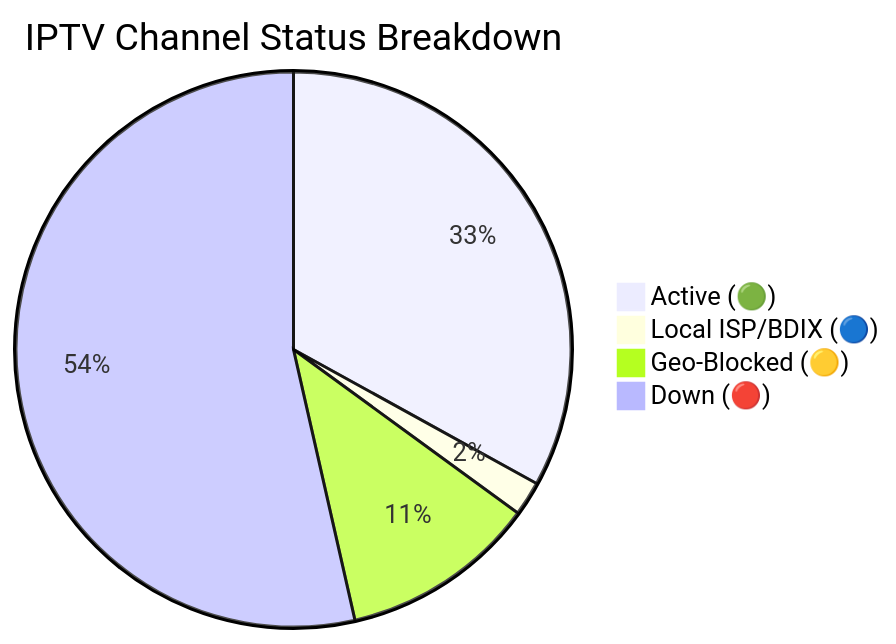
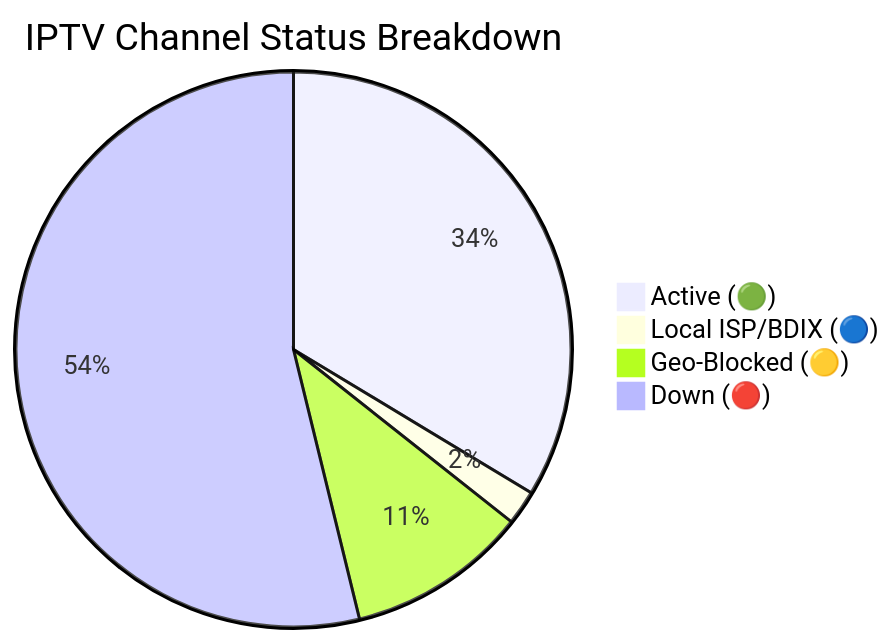
One commit to andreataylord/Ip-tv-Collection changed the diagram in README.md. Above: the diagram before and after it, drawn with Mermaid. The commit also changed other lines of this file and 2 other files, not shown here.

````diff
--- a/README.md
+++ b/README.md
@@ -59,7 +59,7 @@
 ```mermaid
 pie title IPTV Channel Status Breakdown
-    "Active (🟢)" : 2105
+    "Active (🟢)" : 2138
     "Local ISP/BDIX (🔵)" : 128
-    "Geo-Blocked (🟡)" : 728
-    "Down (🔴)" : 3414
+    "Geo-Blocked (🟡)" : 669
+    "Down (🔴)" : 3421
 ```
````
